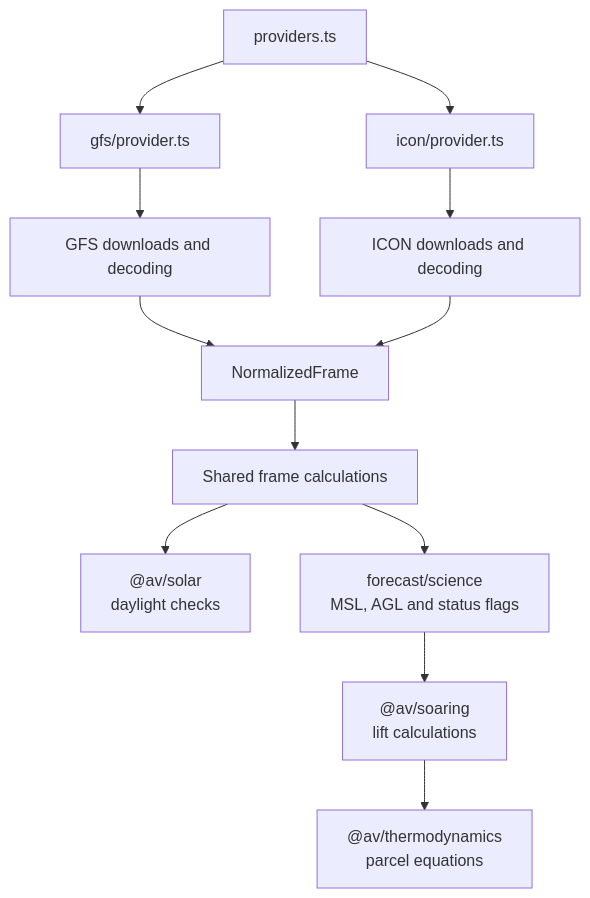
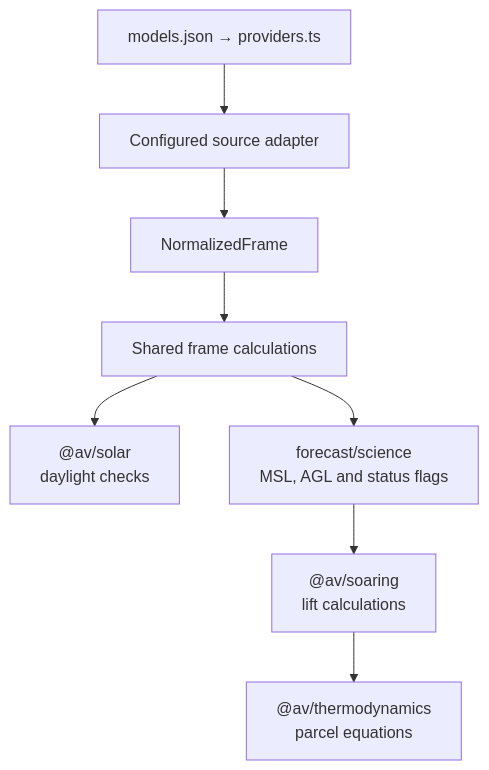
Before and after one commit to jdorrance/av-layers: the second of 3 diagrams in docs/architecture.md, drawn with Mermaid. The commit also changed other lines of this file and 172 other files, not shown here.

````diff
--- a/docs/architecture.md
+++ b/docs/architecture.md
@@ -57,14 +53,10 @@
 ```mermaid
 flowchart TB
-  registry["providers.ts"] --> gfs["gfs/provider.ts"]
-  registry --> icon["icon/provider.ts"]
-  gfs --> gfsInput["GFS downloads and decoding"]
-  icon --> iconInput["ICON downloads and decoding"]
-  gfsInput --> normalized["NormalizedFrame"]
-  iconInput --> normalized
+  registry["models.json → providers.ts"] --> adapter["Configured source adapter"]
+  adapter --> normalized["NormalizedFrame"]
   normalized --> frame["Shared frame calculations"]
   frame --> solar["@av/solar<br/>daylight checks"]
   frame --> science["forecast/science<br/>MSL, AGL and status flags"]
   science --> soaring["@av/soaring<br/>lift calculations"]
   soaring --> thermo["@av/thermodynamics<br/>parcel equations"]
 ```
````
